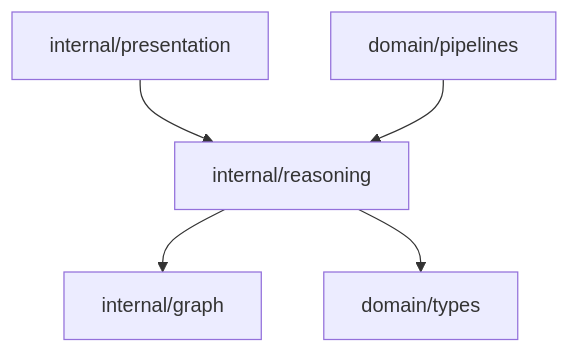
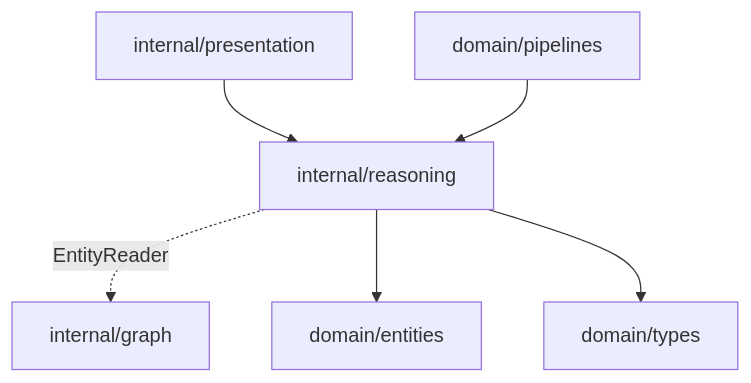
The second of 2 diagrams in internal/reasoning/README.md (sx-tane/context-os), drawn with Mermaid before and after one commit. The commit also changed other lines of this file and 131 other files, not shown here.

````diff
--- a/internal/reasoning/README.md
+++ b/internal/reasoning/README.md
@@ -46,13 +58,15 @@
 ```mermaid
 flowchart TD
   reasoning[internal/reasoning]
   ctxgraph[internal/graph]
+  entities[domain/entities]
   types[domain/types]
   presentation[internal/presentation]
   pipeline[domain/pipelines]
 
-  reasoning --> ctxgraph
+  reasoning -. EntityReader .-> ctxgraph
+  reasoning --> entities
   reasoning --> types
   presentation --> reasoning
   pipeline --> reasoning
 ```
````
